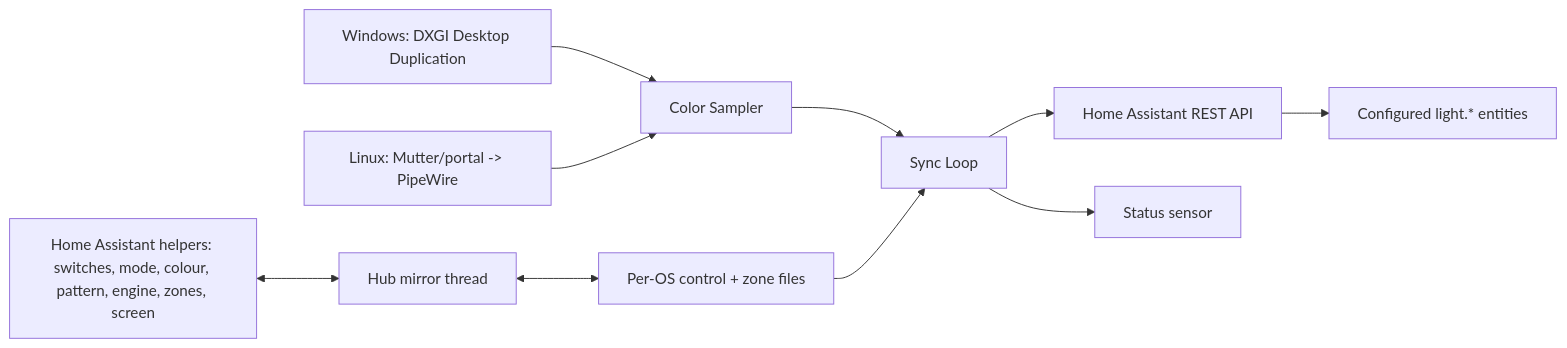
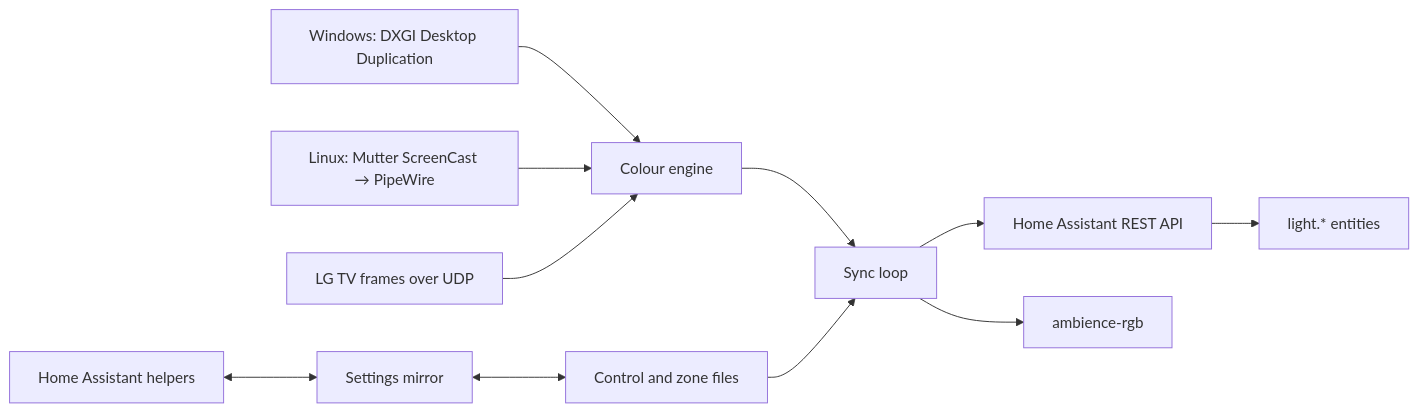
The diagram in README.md (Jxn01/matterlights), drawn with Mermaid before and after one commit. The commit also changed other lines of this file and 8 other files, not shown here.

````diff
--- a/README.md
+++ b/README.md
@@ -40,12 +35,10 @@
 ```mermaid
 flowchart LR
-	Win[Windows: DXGI Desktop Duplication] --> Sampler[Color Sampler]
-	Lin[Linux: Mutter/portal -> PipeWire] --> Sampler
-	Sampler --> Sync[Sync Loop]
-	Sync --> HA[Home Assistant REST API]
-	HA --> Lights[Configured light.* entities]
-	Helpers[Home Assistant helpers: switches, mode, colour, pattern, engine, zones, screen] <--> Mirror[Hub mirror thread]
-	Mirror <--> State[Per-OS control + zone files]
-	State --> Sync
-	Sync --> Status[Status sensor]
+    Win[Windows: DXGI Desktop Duplication] --> Sampler[Colour engine]
+    Lin[Linux: Mutter ScreenCast → PipeWire] --> Sampler
+    TV[LG TV frames over UDP] --> Sampler
+    Sampler --> Sync[Sync loop]
+    Sync --> HA[Home Assistant REST API] --> Lights[light.* entities]
+    Sync --> RGB[ambience-rgb]
+    Helpers[Home Assistant helpers] <--> Mirror[Settings mirror] <--> State[Control and zone files] --> Sync
 ```
````
